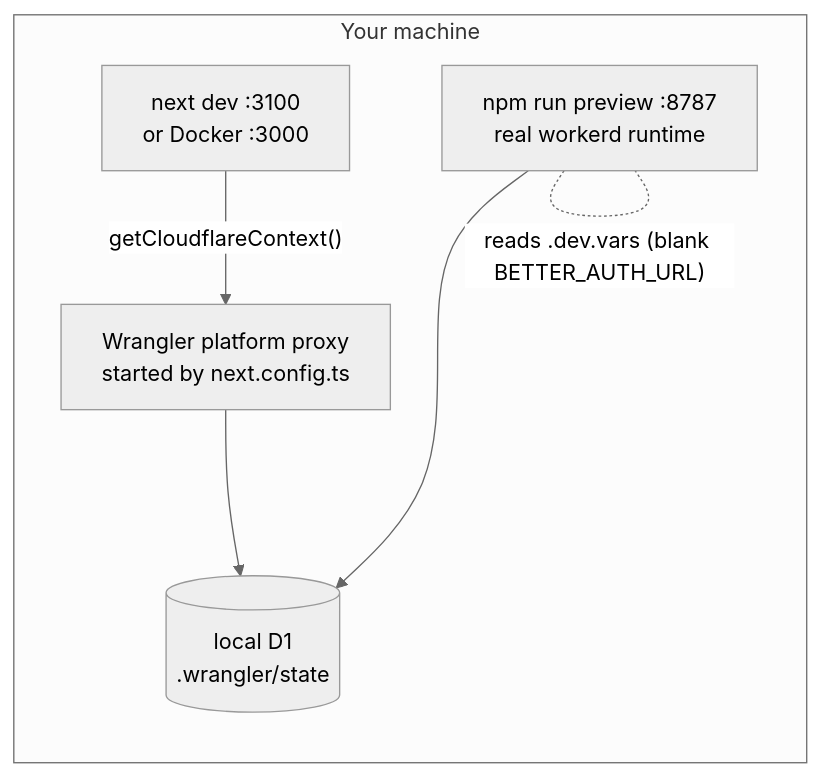
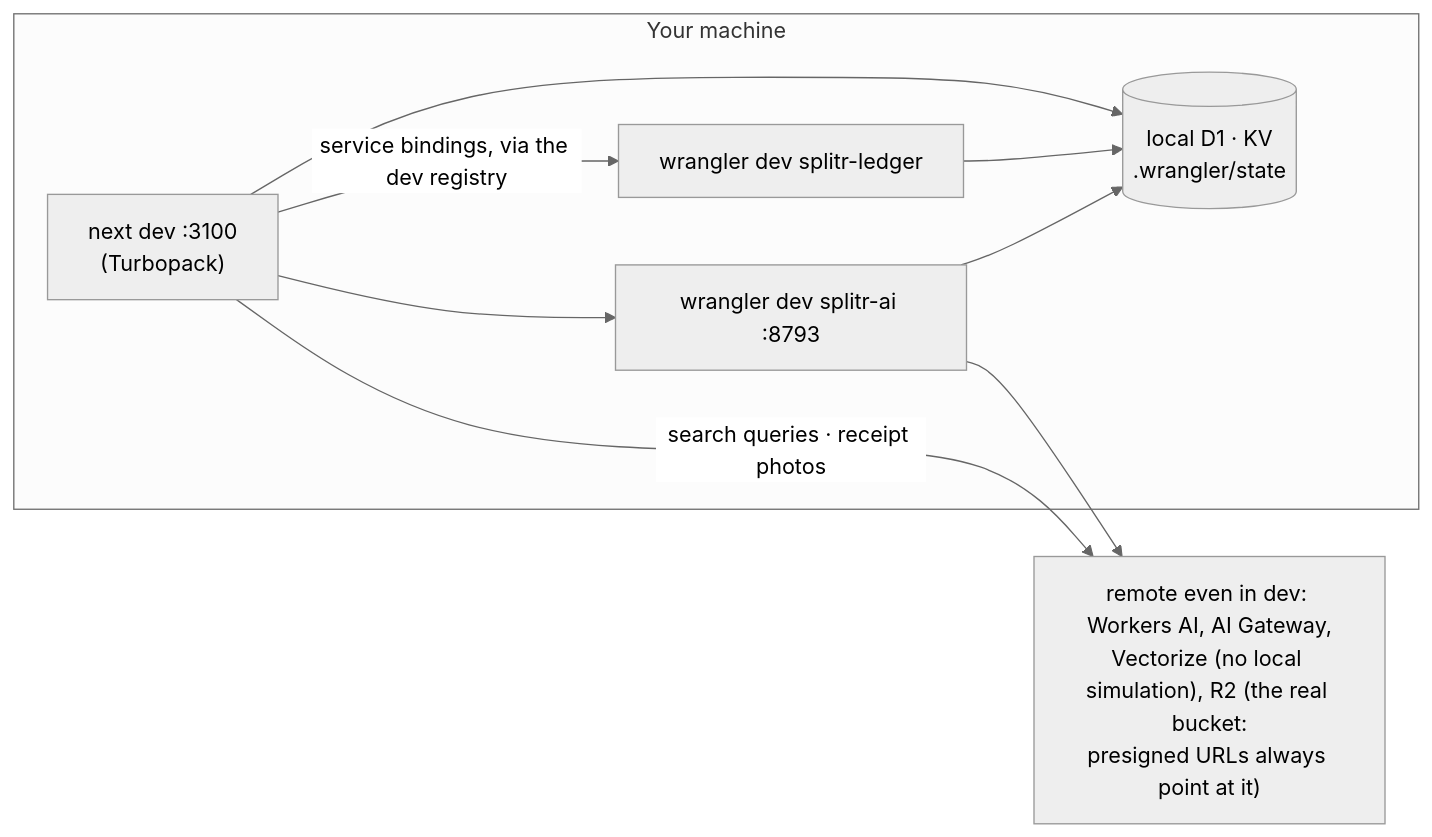
Diagram 11 of 11 in README.md (rafio-dgn/splitr), drawn with Mermaid (neutral theme) before and after one commit. The commit also changed other lines of this file and 6 other files, not shown here.

First line of the commit message:
docs(x2): the README's architecture, redrawn as shipped

````diff
--- a/README.md
+++ b/README.md
@@ -333,12 +405,17 @@
 ```mermaid
 flowchart LR
     subgraph mac["Your machine"]
-        DEV["next dev :3100<br/>or Docker :3000"]
-        PRX["Wrangler platform proxy<br/>started by next.config.ts"]
-        PV["npm run preview :8787<br/>real workerd runtime"]
-        ST[("local D1<br/>.wrangler/state")]
+        DEV["next dev :3100<br/>(Turbopack)"]
+        LED["wrangler dev splitr-ledger"]
+        AIL["wrangler dev splitr-ai :8793"]
+        ST[("local D1 · KV<br/>.wrangler/state")]
     end
-    DEV -->|"getCloudflareContext()"| PRX --> ST
-    PV --> ST
-    PV -. "reads .dev.vars (blank BETTER_AUTH_URL)" .- PV
+    REM["remote even in dev: Workers AI, AI Gateway,<br/>Vectorize (no local simulation), R2 (the real bucket:<br/>presigned URLs always point at it)"]
+    DEV -->|"service bindings, via the dev registry"| LED
+    DEV --> AIL
+    DEV --> ST
+    LED --> ST
+    AIL --> ST
+    AIL --> REM
+    DEV -->|"search queries · receipt photos"| REM
 ```
````
